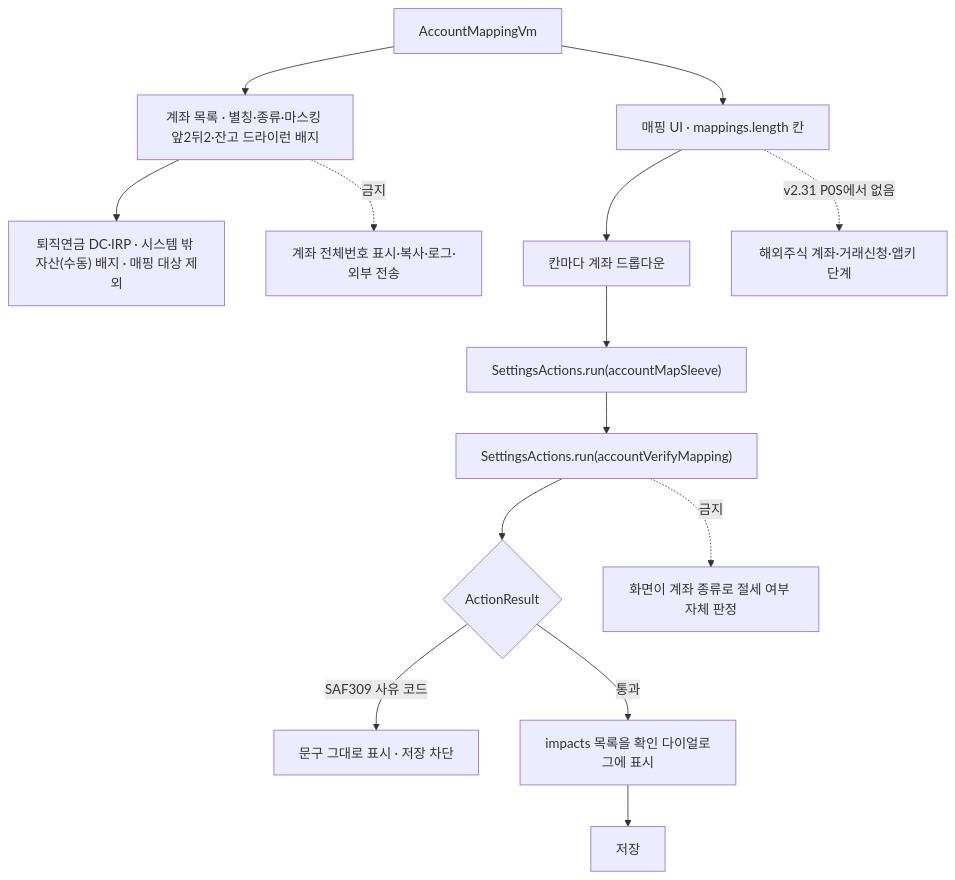
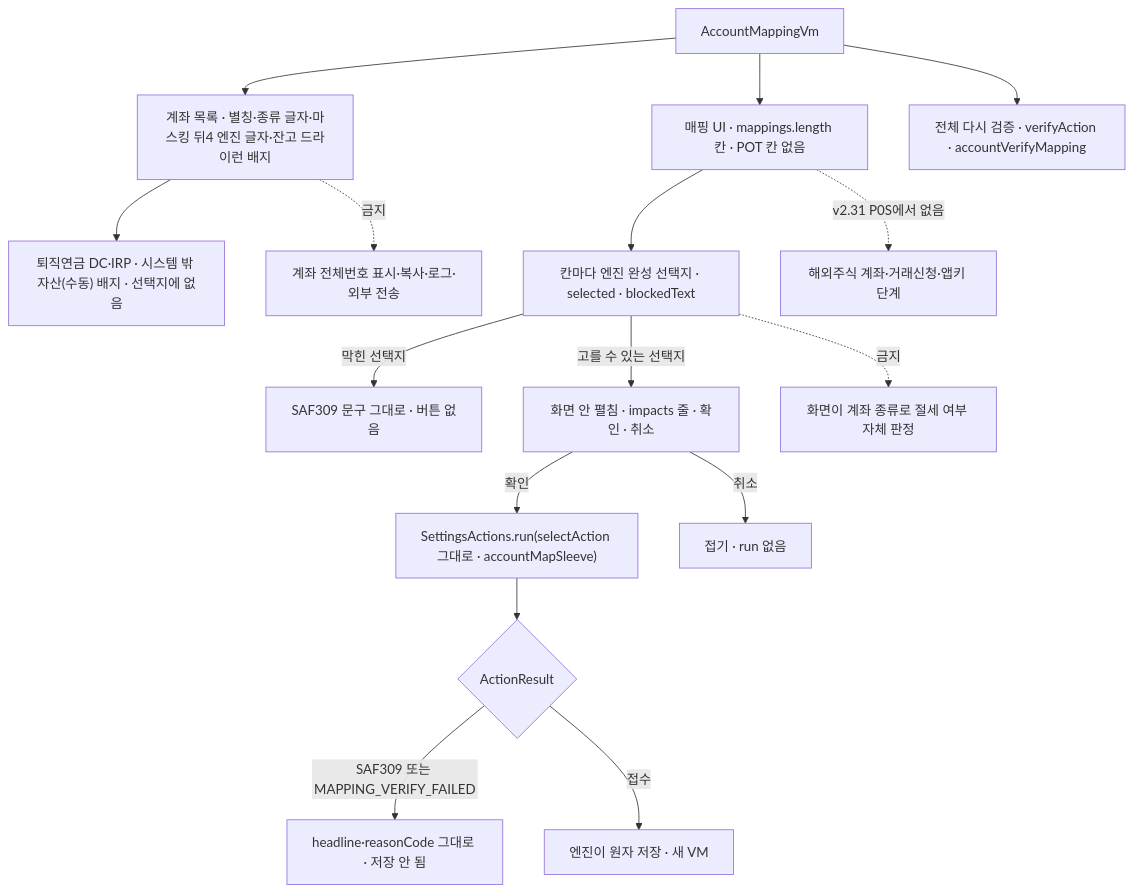
The eighth of 24 diagrams in docs/ai-context/05_화면명세_M9_설정_관리자.md (billybeom/AutoAlphaQuant), drawn with Mermaid before and after one commit. The commit also changed other lines of this file and 3 other files, not shown here.

````diff
--- a/docs/ai-context/05_화면명세_M9_설정_관리자.md
+++ b/docs/ai-context/05_화면명세_M9_설정_관리자.md
@@ -331,16 +333,18 @@
 ```mermaid
 flowchart TD
-  VM["AccountMappingVm"] --> ACC["계좌 목록 · 별칭·종류·마스킹 앞2뒤2·잔고 드라이런 배지"]
-  ACC --> DC["퇴직연금 DC·IRP · 시스템 밖 자산(수동) 배지 · 매핑 대상 제외"]
-  VM --> MAP["매핑 UI · mappings.length 칸"]
-  MAP --> DD["칸마다 계좌 드롭다운"]
-  DD --> M1["SettingsActions.run(accountMapSleeve)"]
-  M1 --> V1["SettingsActions.run(accountVerifyMapping)"]
-  V1 --> R{"ActionResult"}
-  R -->|"SAF309 사유 코드"| DENY["문구 그대로 표시 · 저장 차단"]
-  R -->|"통과"| IMP["impacts 목록을 확인 다이얼로그에 표시"]
-  IMP --> SAVE["저장"]
+  VM["AccountMappingVm"] --> ACC["계좌 목록 · 별칭·종류 글자·마스킹 뒤4 엔진 글자·잔고 드라이런 배지"]
+  ACC --> DC["퇴직연금 DC·IRP · 시스템 밖 자산(수동) 배지 · 선택지에 없음"]
+  VM --> MAP["매핑 UI · mappings.length 칸 · POT 칸 없음"]
+  MAP --> OPT["칸마다 엔진 완성 선택지 · selected · blockedText"]
+  OPT -->|"막힌 선택지"| DENY["SAF309 문구 그대로 · 버튼 없음"]
+  OPT -->|"고를 수 있는 선택지"| EXP["화면 안 펼침 · impacts 줄 · 확인 · 취소"]
+  EXP -->|"확인"| M1["SettingsActions.run(selectAction 그대로 · accountMapSleeve)"]
+  EXP -->|"취소"| FOLD["접기 · run 없음"]
+  M1 --> R{"ActionResult"}
+  R -->|"SAF309 또는 MAPPING_VERIFY_FAILED"| RES1["headline·reasonCode 그대로 · 저장 안 됨"]
+  R -->|"접수"| RES2["엔진이 원자 저장 · 새 VM"]
+  VM --> V1["전체 다시 검증 · verifyAction · accountVerifyMapping"]
   MAP -.->|"v2.31 P0S에서 없음"| FX["해외주식 계좌·거래신청·앱키 단계"]
-  V1 -.->|"금지"| SELFJ["화면이 계좌 종류로 절세 여부 자체 판정"]
+  OPT -.->|"금지"| SELFJ["화면이 계좌 종류로 절세 여부 자체 판정"]
   ACC -.->|"금지"| FULL["계좌 전체번호 표시·복사·로그·외부 전송"]
 ```
````
